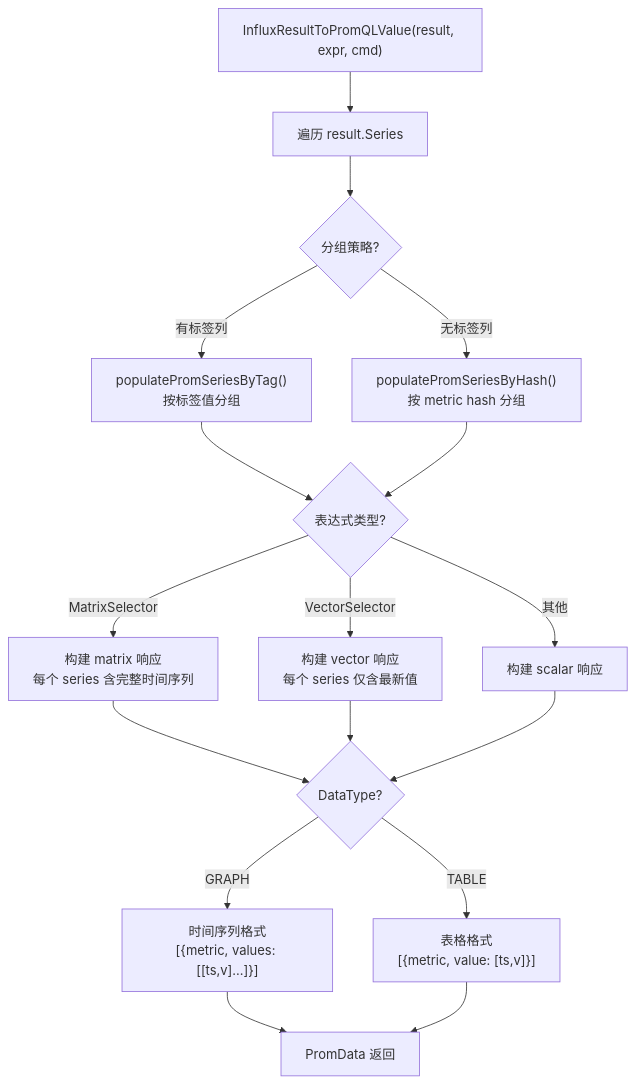
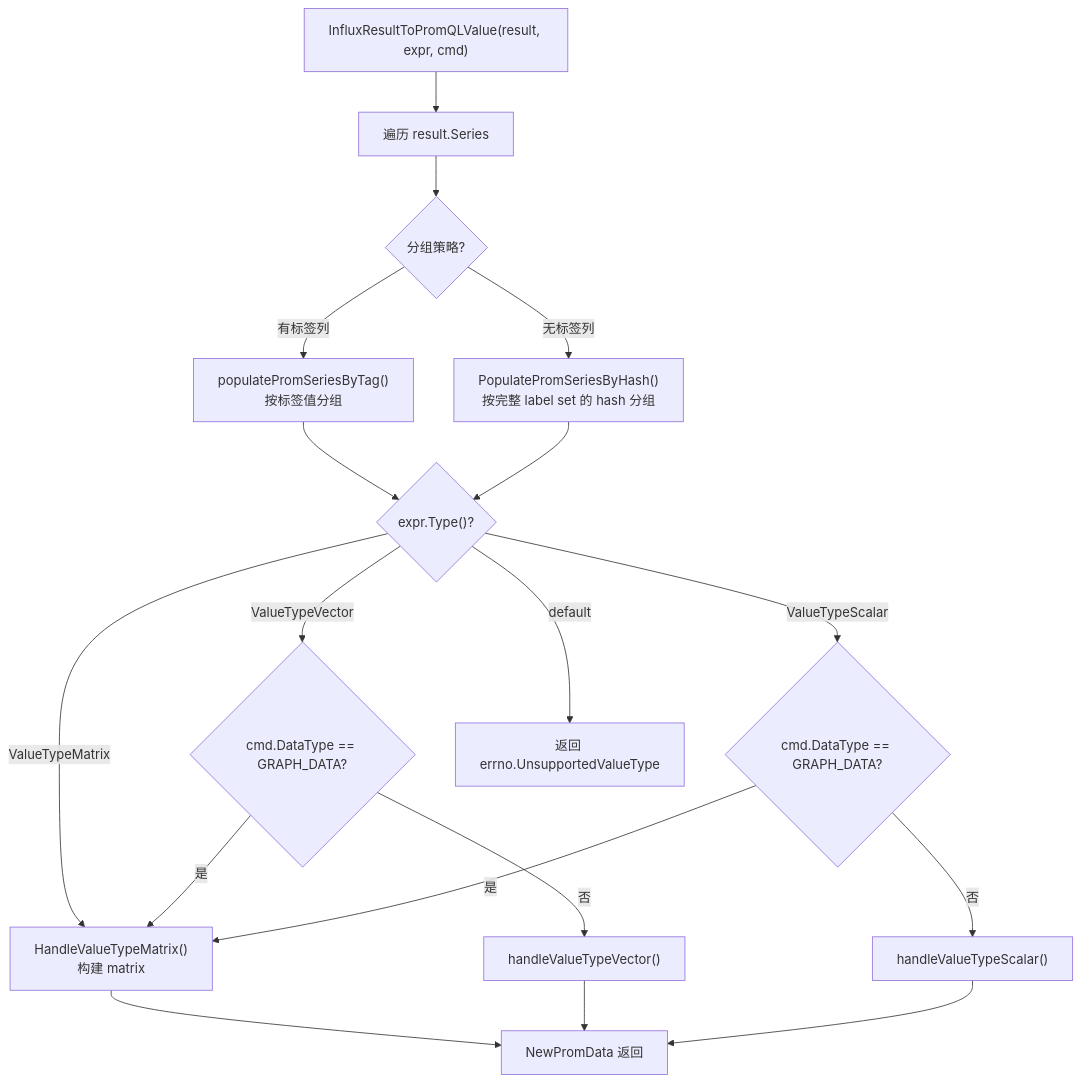
One commit to stefanv5/openGemini changed diagram 13 of 17 in docs/specs/08_promql_compatibility_spec.md. Above: the diagram before and after it, drawn with Mermaid. The commit also changed other lines of this file and 37 other files, not shown here.

````diff
--- a/docs/specs/08_promql_compatibility_spec.md
+++ b/docs/specs/08_promql_compatibility_spec.md
@@ -2341,19 +2497,20 @@
 ```mermaid
 graph TD
     A["InfluxResultToPromQLValue(result, expr, cmd)"] --> B["遍历 result.Series"]
     B --> C{"分组策略?"}
     C -->|"有标签列"| D["populatePromSeriesByTag()<br/>按标签值分组"]
-    C -->|"无标签列"| E["populatePromSeriesByHash()<br/>按 metric hash 分组"]
-    D --> F{"表达式类型?"}
+    C -->|"无标签列"| E["PopulatePromSeriesByHash()<br/>按完整 label set 的 hash 分组"]
+    D --> F{"expr.Type()?"}
     E --> F
-    F -->|"MatrixSelector"| G["构建 matrix 响应<br/>每个 series 含完整时间序列"]
-    F -->|"VectorSelector"| H["构建 vector 响应<br/>每个 series 仅含最新值"]
-    F -->|"其他"| I["构建 scalar 响应"]
-    G --> J{"DataType?"}
-    H --> J
-    I --> J
-    J -->|"GRAPH"| K["时间序列格式<br/>[{metric, values: [[ts,v]...]}]"]
-    J -->|"TABLE"| L["表格格式<br/>[{metric, value: [ts,v]}]"]
-    K --> M["PromData 返回"]
-    L --> M
+    F -->|"ValueTypeMatrix"| G["HandleValueTypeMatrix()<br/>构建 matrix"]
+    F -->|"ValueTypeVector"| H{"cmd.DataType == GRAPH_DATA?"}
+    F -->|"ValueTypeScalar"| I{"cmd.DataType == GRAPH_DATA?"}
+    F -->|"default"| X["返回 errno.UnsupportedValueType"]
+    H -->|"是"| G
+    H -->|"否"| H1["handleValueTypeVector()"]
+    I -->|"是"| G
+    I -->|"否"| I1["handleValueTypeScalar()"]
+    G --> M["NewPromData 返回"]
+    H1 --> M
+    I1 --> M
 ```
````
